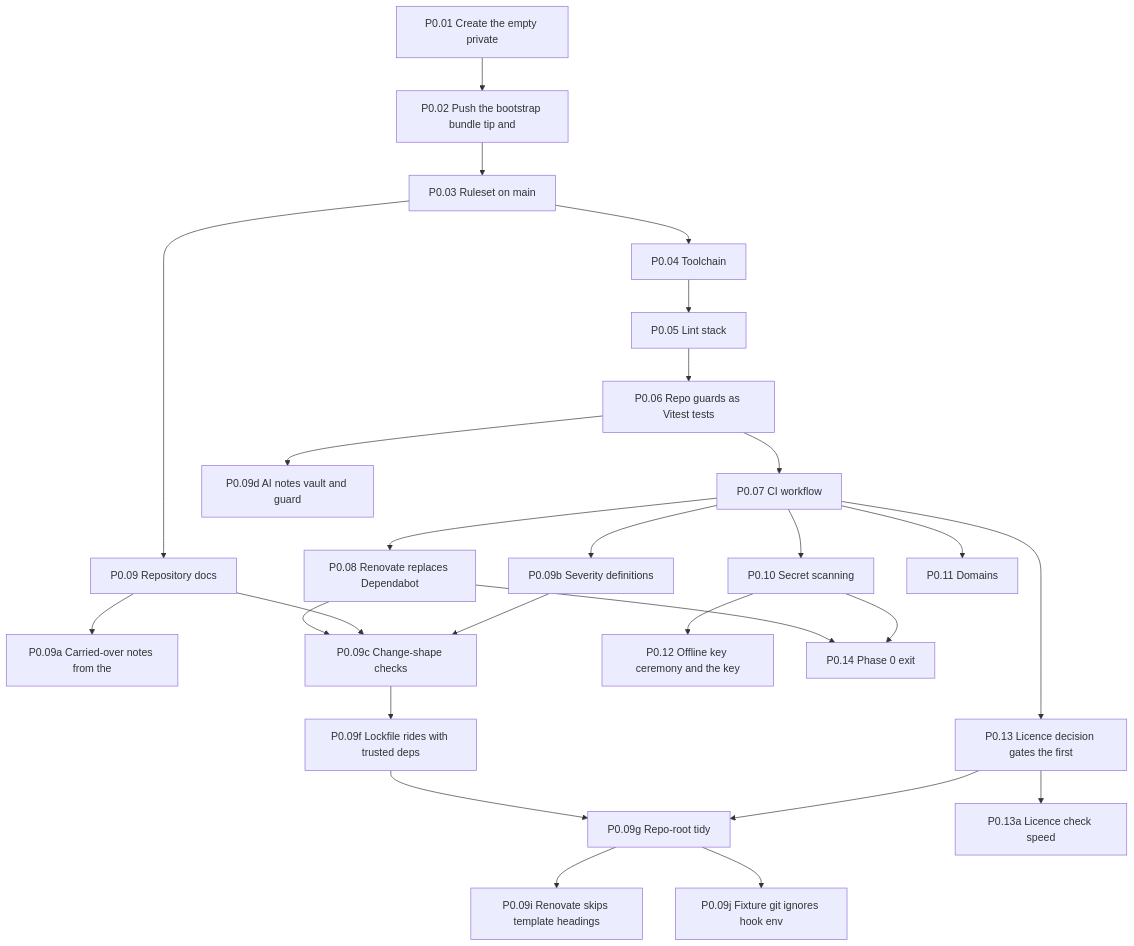
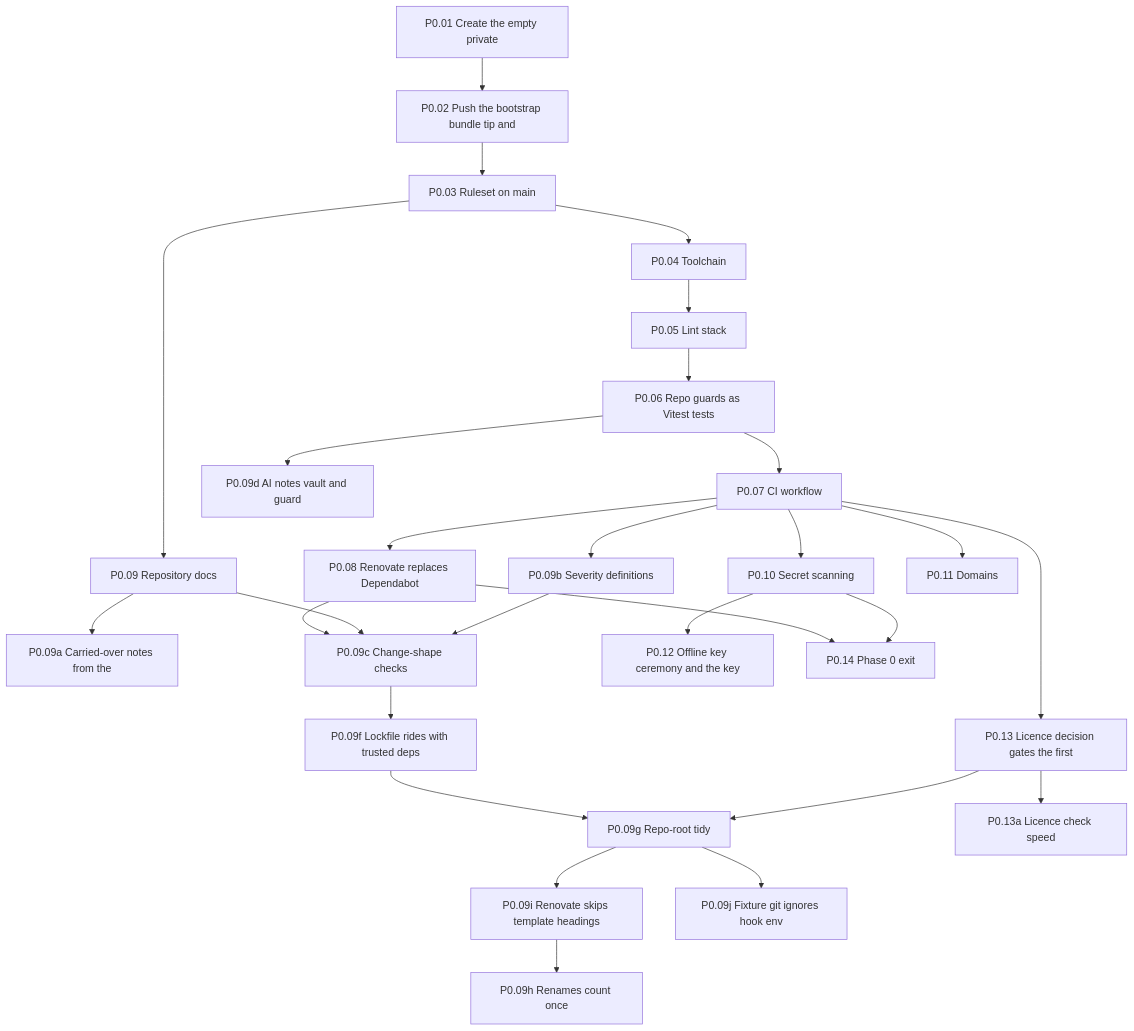
The first of 11 diagrams in docs/ai/book/01-outline.md (Undefined6799/unset), drawn with Mermaid before and after one commit. The commit also changed other lines of this file and 4 other files, not shown here.

First line of the commit message:
P0.09h Count a pure rename once in the size guard

````diff
--- a/docs/ai/book/01-outline.md
+++ b/docs/ai/book/01-outline.md
@@ -54,52 +55,54 @@
 ```mermaid
 flowchart TD
   P0_01["P0.01 Create the empty private"]
   P0_02["P0.02 Push the bootstrap bundle tip and"]
   P0_03["P0.03 Ruleset on main"]
   P0_04["P0.04 Toolchain"]
   P0_05["P0.05 Lint stack"]
   P0_06["P0.06 Repo guards as Vitest tests"]
   P0_07["P0.07 CI workflow"]
   P0_08["P0.08 Renovate replaces Dependabot"]
   P0_09["P0.09 Repository docs"]
   P0_09a["P0.09a Carried-over notes from the"]
   P0_09b["P0.09b Severity definitions"]
   P0_09c["P0.09c Change-shape checks"]
   P0_09d["P0.09d AI notes vault and guard"]
   P0_09f["P0.09f Lockfile rides with trusted deps"]
   P0_09g["P0.09g Repo-root tidy"]
+  P0_09h["P0.09h Renames count once"]
   P0_09i["P0.09i Renovate skips template headings"]
   P0_09j["P0.09j Fixture git ignores hook env"]
   P0_10["P0.10 Secret scanning"]
   P0_11["P0.11 Domains"]
   P0_12["P0.12 Offline key ceremony and the key"]
   P0_13["P0.13 Licence decision gates the first"]
   P0_13a["P0.13a Licence check speed"]
   P0_14["P0.14 Phase 0 exit"]
   P0_01 --> P0_02
   P0_02 --> P0_03
   P0_03 --> P0_04
   P0_04 --> P0_05
   P0_05 --> P0_06
   P0_06 --> P0_07
   P0_07 --> P0_08
   P0_03 --> P0_09
   P0_09 --> P0_09a
   P0_07 --> P0_09b
   P0_08 --> P0_09c
   P0_09 --> P0_09c
   P0_09b --> P0_09c
   P0_06 --> P0_09d
   P0_09c --> P0_09f
   P0_09f --> P0_09g
   P0_13 --> P0_09g
   P0_09g --> P0_09i
   P0_09g --> P0_09j
+  P0_09i --> P0_09h
   P0_07 --> P0_10
   P0_07 --> P0_11
   P0_10 --> P0_12
   P0_07 --> P0_13
   P0_13 --> P0_13a
   P0_08 --> P0_14
   P0_10 --> P0_14
 ```
````
